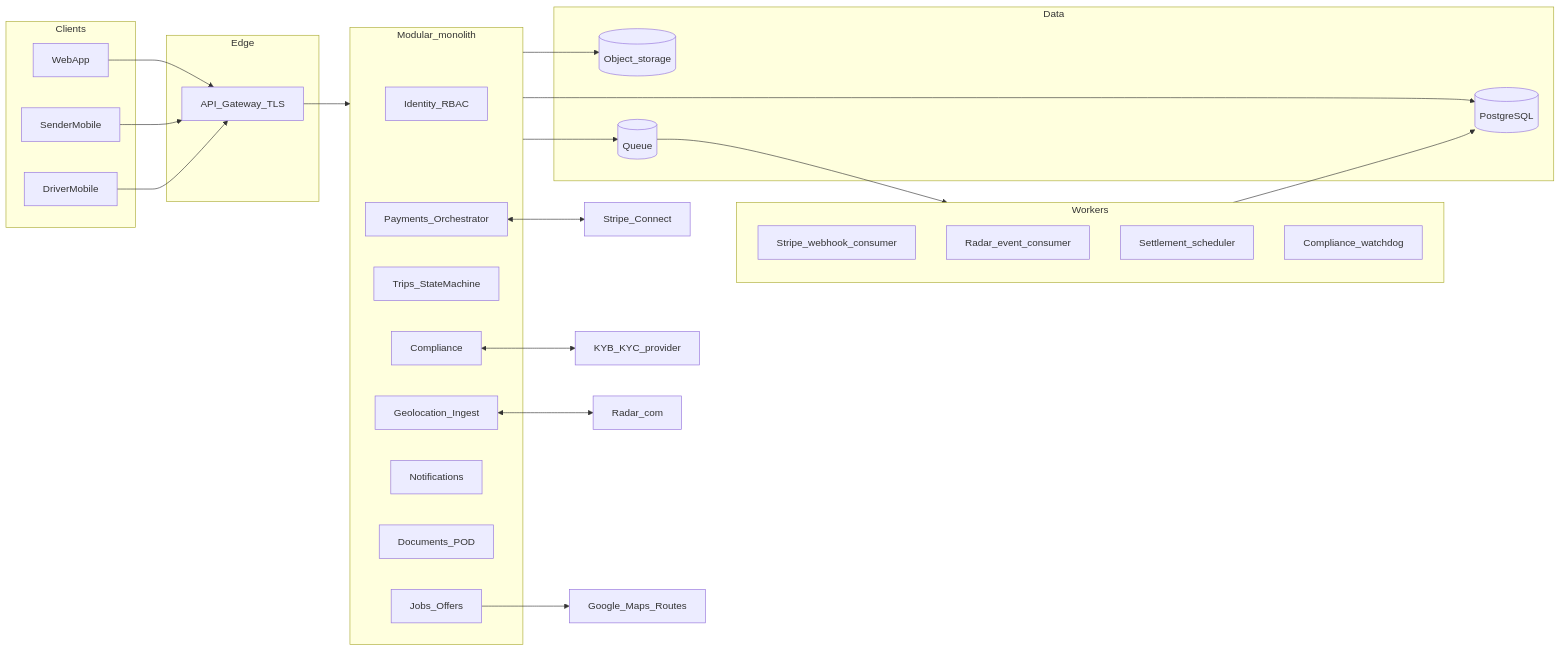
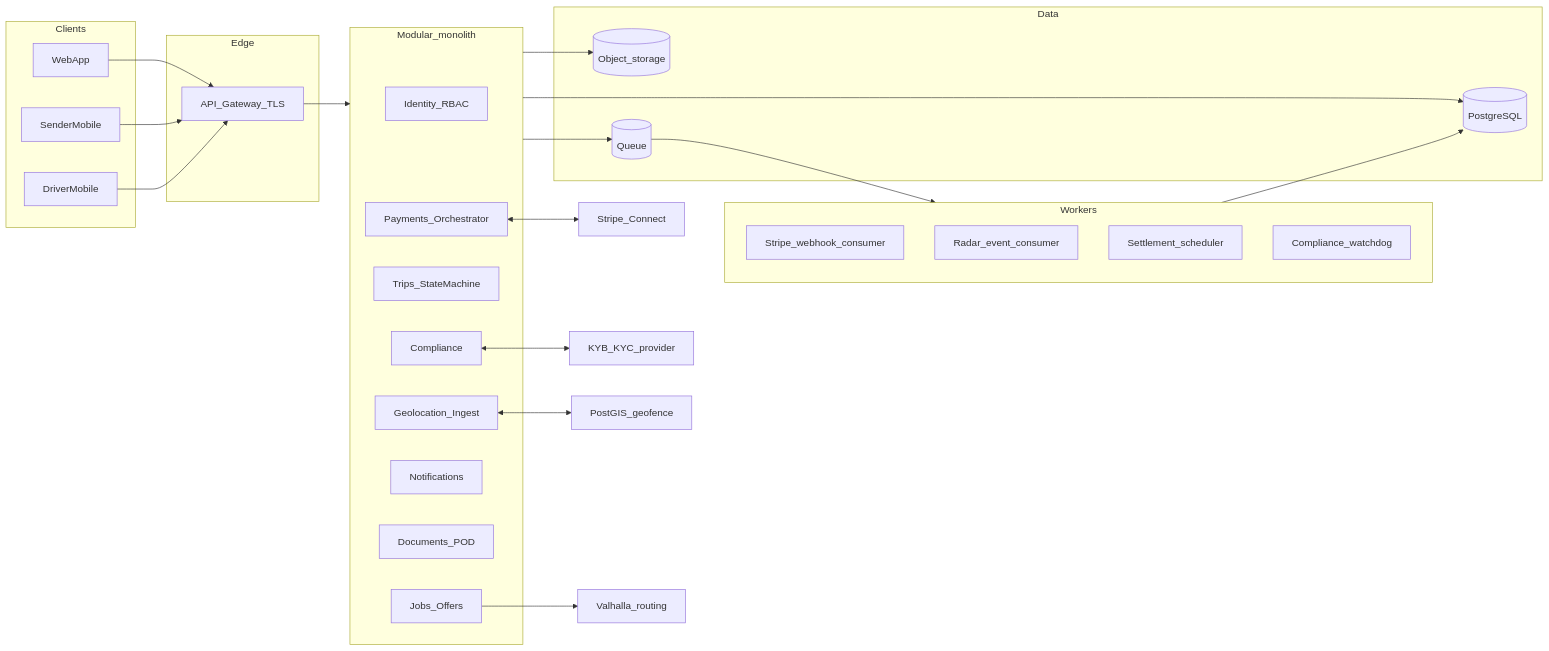
One commit to sushmarohit/clox-docs changed the first of 5 diagrams in docs/system-design.md. Above: the diagram before and after it, drawn with Mermaid. The commit also changed other lines of this file and 49 other files, not shown here.

````diff
--- a/docs/system-design.md
+++ b/docs/system-design.md
@@ -53,51 +53,51 @@
 ```mermaid
 flowchart LR
   subgraph clients [Clients]
     Web[WebApp]
     SenderApp[SenderMobile]
     DriverApp[DriverMobile]
   end
 
   subgraph edge [Edge]
     GW[API_Gateway_TLS]
   end
 
   subgraph core [Modular_monolith]
     Auth[Identity_RBAC]
     Jobs[Jobs_Offers]
     Trips[Trips_StateMachine]
     Comp[Compliance]
     Pay[Payments_Orchestrator]
     Notif[Notifications]
     Docs[Documents_POD]
     GeoIn[Geolocation_Ingest]
   end
 
   subgraph workers [Workers]
     WH[Stripe_webhook_consumer]
     RE[Radar_event_consumer]
     ST[Settlement_scheduler]
     CW[Compliance_watchdog]
   end
 
   subgraph data [Data]
     PG[(PostgreSQL)]
     OBJ[(Object_storage)]
     Q[(Queue)]
   end
 
   Web --> GW
   SenderApp --> GW
   DriverApp --> GW
   GW --> core
   core --> PG
   core --> OBJ
   core --> Q
   Q --> workers
   workers --> PG
 
   Pay <--> Stripe[Stripe_Connect]
   Comp <--> AML[KYB_KYC_provider]
-  GeoIn <--> Radar[Radar_com]
-  Jobs --> Maps[Google_Maps_Routes]
+  GeoIn <--> PostGIS[PostGIS_geofence]
+  Jobs --> Valhalla[Valhalla_routing]
 ```
````
